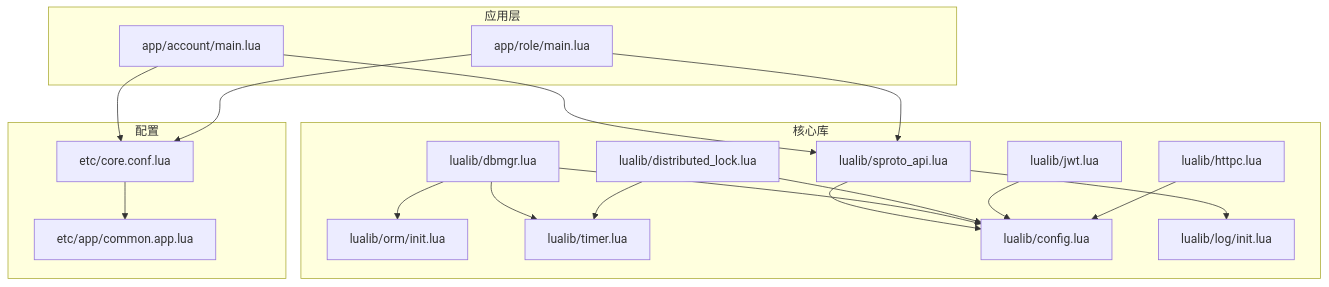
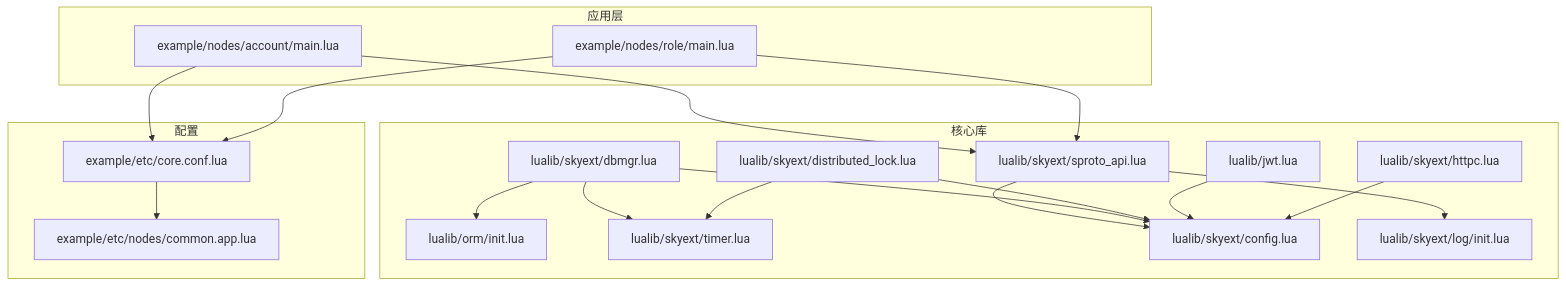
The first of 3 diagrams in docs/repowiki/zh/content/最佳实践/最佳实践.md (hanxi/skyext), drawn with Mermaid before and after one commit. The commit also changed other lines of this file and 117 other files, not shown here.

````diff
--- a/docs/repowiki/zh/content/最佳实践/最佳实践.md
+++ b/docs/repowiki/zh/content/最佳实践/最佳实践.md
@@ -49,36 +49,36 @@
 ```mermaid
 graph TB
 subgraph "应用层"
-A["app/account/main.lua"]
-B["app/role/main.lua"]
+A["example/nodes/account/main.lua"]
+B["example/nodes/role/main.lua"]
 end
 subgraph "核心库"
-C["lualib/sproto_api.lua"]
-D["lualib/dbmgr.lua"]
+C["lualib/skyext/sproto_api.lua"]
+D["lualib/skyext/dbmgr.lua"]
 E["lualib/orm/init.lua"]
-F["lualib/distributed_lock.lua"]
-G["lualib/timer.lua"]
+F["lualib/skyext/distributed_lock.lua"]
+G["lualib/skyext/timer.lua"]
 H["lualib/jwt.lua"]
-I["lualib/httpc.lua"]
-J["lualib/config.lua"]
-K["lualib/log/init.lua"]
+I["lualib/skyext/httpc.lua"]
+J["lualib/skyext/config.lua"]
+K["lualib/skyext/log/init.lua"]
 end
 subgraph "配置"
-L["etc/core.conf.lua"]
-M["etc/app/common.app.lua"]
+L["example/etc/core.conf.lua"]
+M["example/etc/nodes/common.app.lua"]
 end
 A --> C
 B --> C
 C --> J
 C --> K
 D --> J
 D --> E
 D --> G
 F --> J
 F --> G
 H --> J
 I --> J
 A --> L
 B --> L
 L --> M
 ```
````
